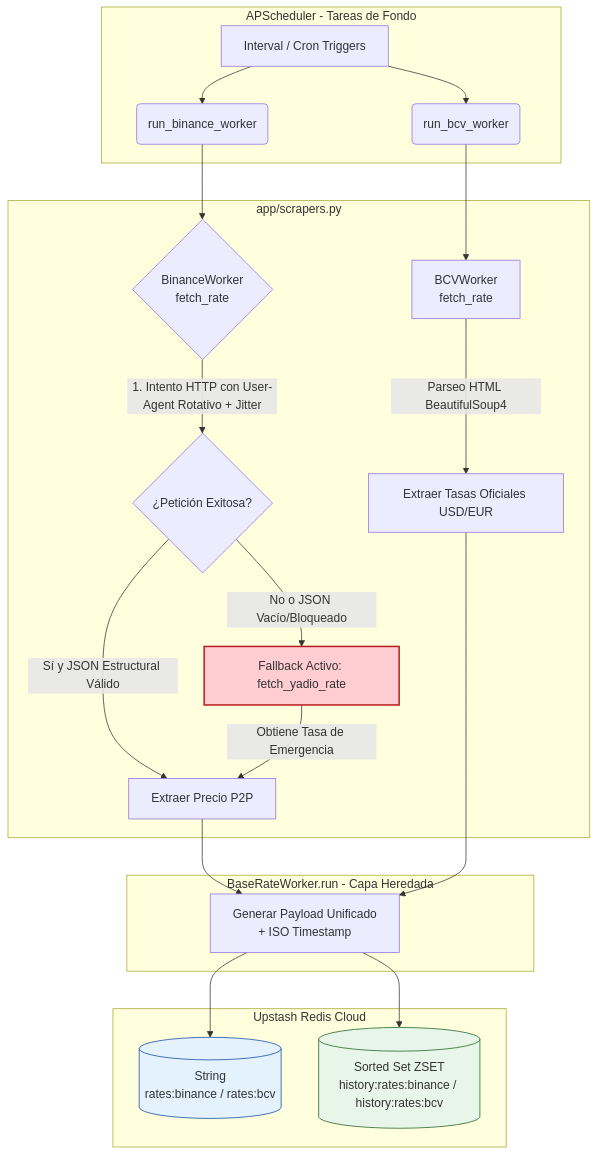
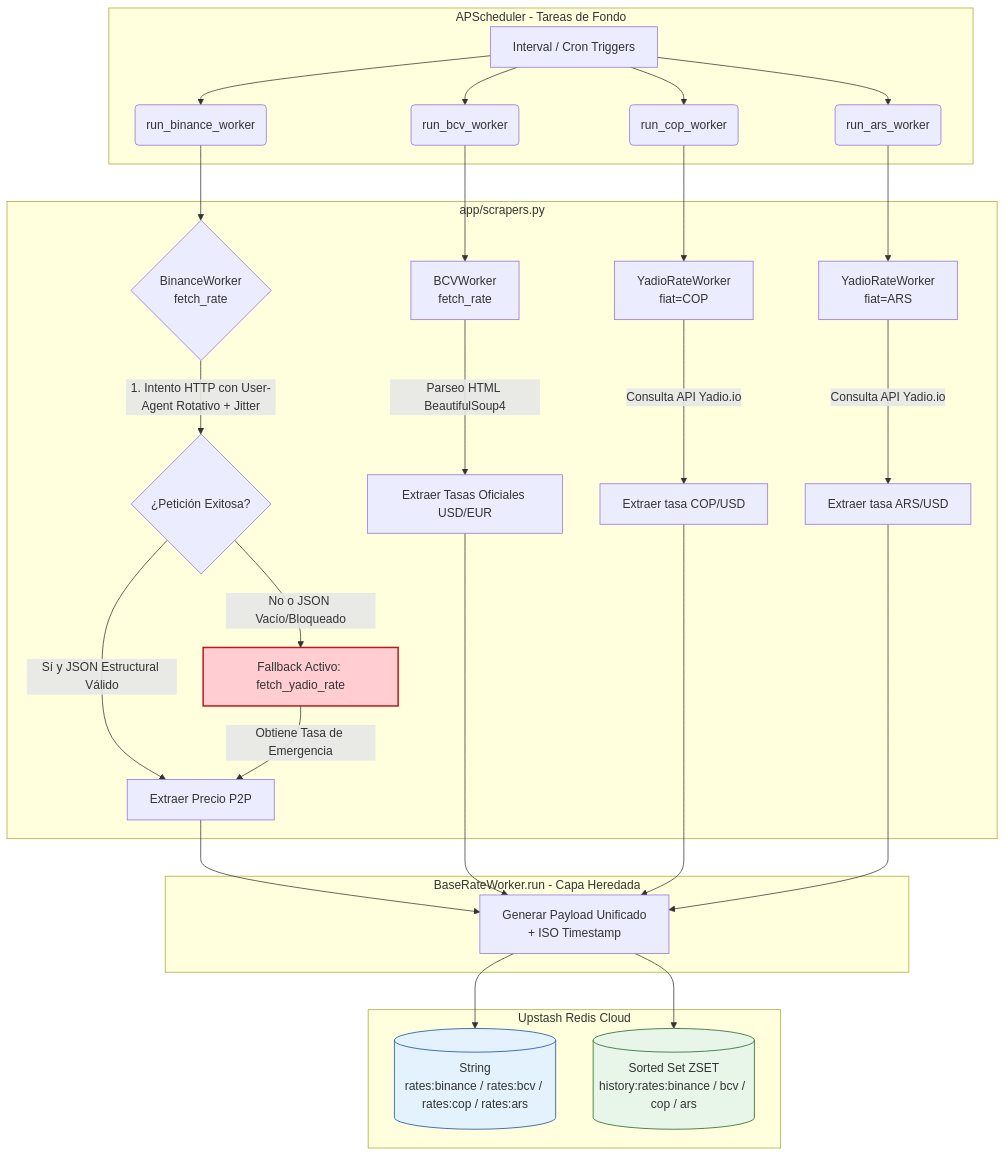
The first of 3 diagrams in README.md (TECHSOLVERSJBL/CAMBIALY-BACKEND), drawn with Mermaid before and after one commit. The commit also changed other lines of this file, not shown here.

First line of the commit message:
docs(README): document V2 endpoints, COP/ARS workers, security middleware, and tests

````diff
--- a/README.md
+++ b/README.md
@@ -236,33 +340,41 @@
 ```mermaid
 graph TD
     subgraph Scheduler [APScheduler - Tareas de Fondo]
         A[Interval / Cron Triggers] --> B(run_binance_worker)
         A --> C(run_bcv_worker)
+        A --> D(run_cop_worker)
+        A --> E(run_ars_worker)
     end
 
     subgraph Scrapers [app/scrapers.py]
-        B --> D{BinanceWorker<br/>fetch_rate}
-        C --> E[BCVWorker<br/>fetch_rate]
+        B --> F{BinanceWorker<br/>fetch_rate}
+        C --> G[BCVWorker<br/>fetch_rate]
+        D --> H[YadioRateWorker<br/>fiat=COP]
+        E --> I[YadioRateWorker<br/>fiat=ARS]
         
-        D -->|1. Intento HTTP con User-Agent Rotativo + Jitter| F{¿Petición Exitosa?}
-        F -->|Sí y JSON Estructural Válido| G[Extraer Precio P2P]
-        F -->|No o JSON Vacío/Bloqueado| H[Fallback Activo: fetch_yadio_rate]
+        F -->|1. Intento HTTP con User-Agent Rotativo + Jitter| J{¿Petición Exitosa?}
+        J -->|Sí y JSON Estructural Válido| K[Extraer Precio P2P]
+        J -->|No o JSON Vacío/Bloqueado| L[Fallback Activo: fetch_yadio_rate]
         
-        H -->|Obtiene Tasa de Emergencia| G
-        E -->|Parseo HTML BeautifulSoup4| I[Extraer Tasas Oficiales USD/EUR]
+        L -->|Obtiene Tasa de Emergencia| K
+        G -->|Parseo HTML BeautifulSoup4| M[Extraer Tasas Oficiales USD/EUR]
+        H -->|Consulta API Yadio.io| N[Extraer tasa COP/USD]
+        I -->|Consulta API Yadio.io| O[Extraer tasa ARS/USD]
     end
 
     subgraph BaseWorker [BaseRateWorker.run - Capa Heredada]
-        G --> J[Generar Payload Unificado<br/>+ ISO Timestamp]
-        I --> J
+        K --> P[Generar Payload Unificado<br/>+ ISO Timestamp]
+        M --> P
+        N --> P
+        O --> P
     end
 
     subgraph Upstash [Upstash Redis Cloud]
-        J --> K[(String<br/>rates:binance / rates:bcv)]
-        J --> L[(Sorted Set ZSET<br/>history:rates:binance / history:rates:bcv)]
+        P --> Q[(String<br/>rates:binance / rates:bcv / rates:cop / rates:ars)]
+        P --> R[(Sorted Set ZSET<br/>history:rates:binance / bcv / cop / ars)]
     end
 
-    style H fill:#ffcdd2,stroke:#b71c1c,stroke-width:2px
-    style K fill:#e3f2fd,stroke:#0d47a1,stroke-width:1px
-    style L fill:#e8f5e9,stroke:#1b5e20,stroke-width:1px
+    style L fill:#ffcdd2,stroke:#b71c1c,stroke-width:2px
+    style Q fill:#e3f2fd,stroke:#0d47a1,stroke-width:1px
+    style R fill:#e8f5e9,stroke:#1b5e20,stroke-width:1px
 ```
````
